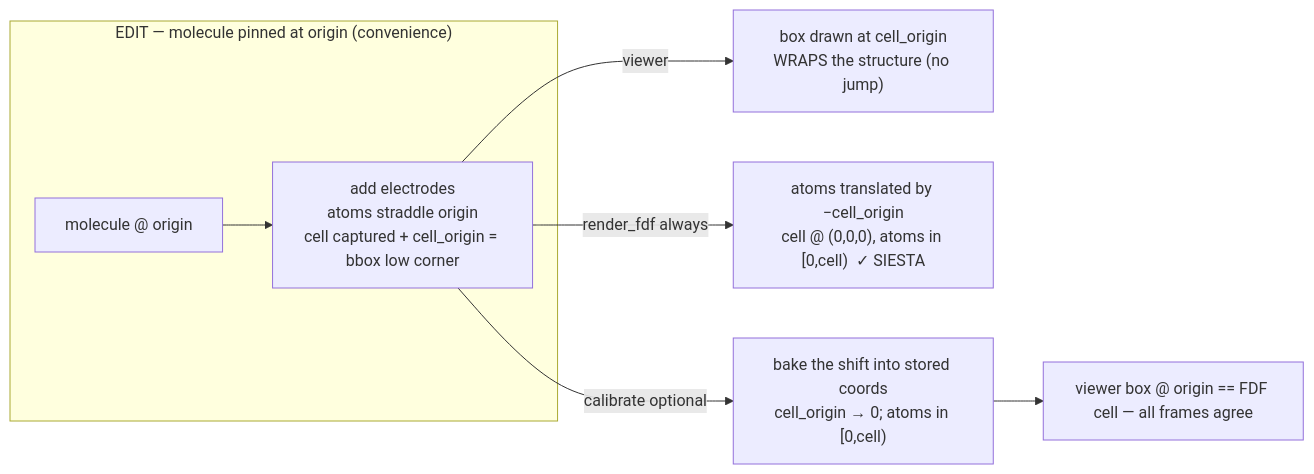
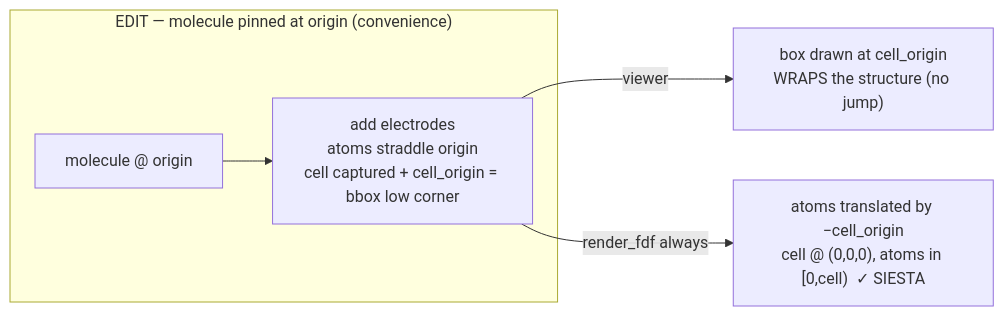
Before and after one commit to Qing-LAB/molbuilder: the first of 4 diagrams in docs/model/structure-periodicity.md, drawn with Mermaid. The commit also changed other lines of this file and 18 other files, not shown here.

````diff
--- a/docs/model/structure-periodicity.md
+++ b/docs/model/structure-periodicity.md
@@ -563,10 +560,8 @@
 ```mermaid
 flowchart LR
     subgraph EDIT["EDIT — molecule pinned at origin (convenience)"]
         M["molecule @ origin"] --> E["add electrodes<br/>atoms straddle origin<br/>cell captured + cell_origin = bbox low corner"]
     end
     E -->|viewer| V["box drawn at cell_origin<br/>WRAPS the structure (no jump)"]
     E -->|render_fdf always| S["atoms translated by −cell_origin<br/>cell @ (0,0,0), atoms in [0,cell)  ✓ SIESTA"]
-    E -->|calibrate optional| C["bake the shift into stored coords<br/>cell_origin → 0; atoms in [0,cell)"]
-    C --> V2["viewer box @ origin == FDF cell — all frames agree"]
 ```
````
